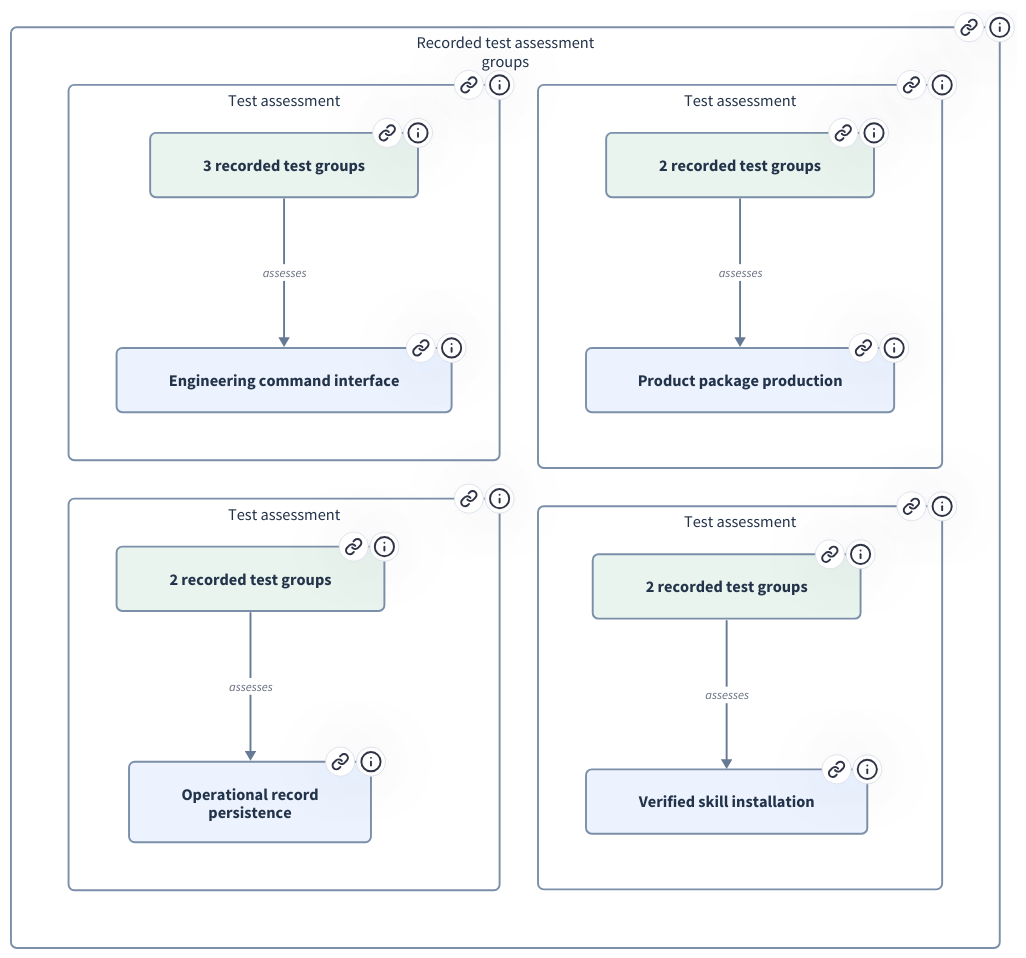
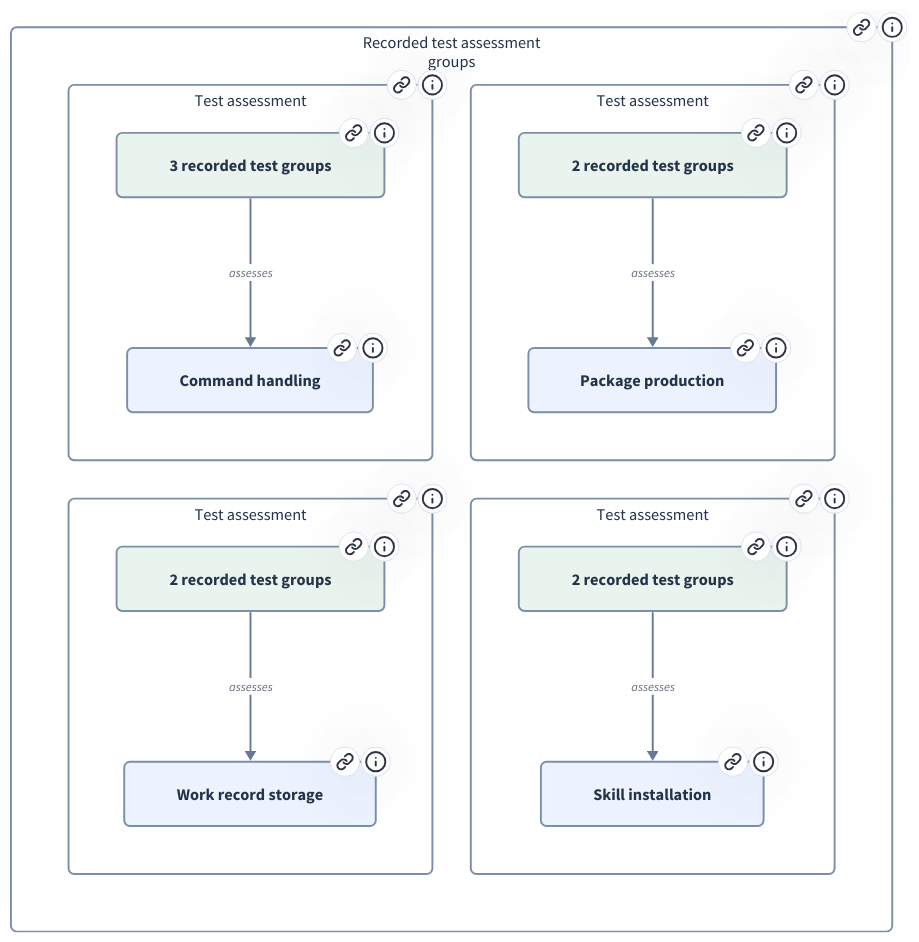
Before and after one commit to xiongxianfei/rigorloop: the diagram in design/architecture/views/browser/diagrams/development-testing.d2, drawn with D2. The commit also changed 378 other files, not shown here.

First line of the commit message:
Refine engineering design and architecture browser

```diff
--- a/design/architecture/views/browser/diagrams/development-testing.d2
+++ b/design/architecture/views/browser/diagrams/development-testing.d2
@@ -1,143 +1,143 @@
 # Generated from canonical REM records; do not edit.
-# Source identity: 2cf8f01cf8087e0b226dbd431d6452970b13954a16b84408d91173987708417e
+# Source identity: 3b423207b261cd33066f4517d60da462b029232e9d9a626120e9b455a4b27e5a
 # Test groups assess the named responsibility; they do not implement it. Dashed dependencies describe recorded test inputs and execution tooling, not an execution sequence. These static mappings are not passing results or complete coverage claims. Shared execution retains its existing contract owner; its REM responsibility allocation remains unresolved.
 vars: {d2-config: {layout-engine: elk}}
 direction: down
 tests: "Recorded test assessment\ngroups" {
   link: "#development/testing"
   tooltip: "Recorded test assessment groups"
   style.fill: "#FFFFFF"
   style.stroke: "#7C8FA9"
   style.font-color: "#23334A"
   style.font-size: 17
   style.border-radius: 6
   grid-columns: 2
   ownerMOD010: "Test assessment" {
     link: "#development/testing-MOD-010"
     tooltip: "Test assessment"
     style.fill: "#FFFFFF"
     style.stroke: "#7C8FA9"
     style.font-color: "#23334A"
     style.font-size: 17
     style.border-radius: 6
     population: "3 recorded test groups" {
       link: "#development/testing-MOD-010"
       tooltip: "Command admission and selected reading\nPrivate diagnostics and result presentation\nPublic recording interaction composition"
       style.fill: "#E9F4EE"
       style.stroke: "#7C8FA9"
       style.font-color: "#23334A"
       style.font-size: 17
       style.border-radius: 6
     }
-    subject: "Engineering command interface" {
+    subject: "Command handling" {
       link: "#module/MOD-010"
-      tooltip: "Engineering command interface (MOD-010)"
+      tooltip: "Command handling (MOD-010)"
       style.fill: "#ECF3FF"
       style.stroke: "#7C8FA9"
       style.font-color: "#23334A"
       style.font-size: 17
       style.border-radius: 6
     }
     population -> subject: "assesses" {
       style.stroke: "#667A96"
       style.fill: "#FFFFFF"
       style.font-size: 13
     }
   }
   ownerMOD011: "Test assessment" {
     link: "#development/testing-MOD-011"
     tooltip: "Test assessment"
     style.fill: "#FFFFFF"
     style.stroke: "#7C8FA9"
     style.font-color: "#23334A"
     style.font-size: 17
     style.border-radius: 6
     population: "2 recorded test groups" {
       link: "#development/testing-MOD-011"
       tooltip: "Stored record invariants and preservation\nGuarded publication and exact recovery"
       style.fill: "#E9F4EE"
       style.stroke: "#7C8FA9"
       style.font-color: "#23334A"
       style.font-size: 17
       style.border-radius: 6
     }
-    subject: "Operational record\npersistence" {
+    subject: "Work record storage" {
       link: "#module/MOD-011"
-      tooltip: "Operational record persistence (MOD-011)"
+      tooltip: "Work record storage (MOD-011)"
       style.fill: "#ECF3FF"
       style.stroke: "#7C8FA9"
       style.font-color: "#23334A"
       style.font-size: 17
       style.border-radius: 6
     }
     population -> subject: "assesses" {
       style.stroke: "#667A96"
       style.fill: "#FFFFFF"
       style.font-size: 13
     }
   }
   ownerMOD013: "Test assessment" {
     link: "#development/testing-MOD-013"
     tooltip: "Test assessment"
     style.fill: "#FFFFFF"
     style.stroke: "#7C8FA9"
     style.font-color: "#23334A"
     style.font-size: 17
     style.border-radius: 6
     population: "2 recorded test groups" {
       link: "#development/testing-MOD-013"
       tooltip: "Isolated archive generation and integrity\nPacked candidate and installed-consumer composition"
       style.fill: "#E9F4EE"
       style.stroke: "#7C8FA9"
       style.font-color: "#23334A"
       style.font-size: 17
       style.border-radius: 6
     }
-    subject: "Product package production" {
+    subject: "Package production" {
       link: "#module/MOD-013"
-      tooltip: "Product package production (MOD-013)"
+      tooltip: "Package production (MOD-013)"
       style.fill: "#ECF3FF"
       style.stroke: "#7C8FA9"
       style.font-color: "#23334A"
       style.font-size: 17
       style.border-radius: 6
     }
     population -> subject: "assesses" {
       style.stroke: "#667A96"
       style.fill: "#FFFFFF"
       style.font-size: 13
     }
   }
   ownerMOD014: "Test assessment" {
     link: "#development/testing-MOD-014"
     tooltip: "Test assessment"
     style.fill: "#FFFFFF"
     style.stroke: "#7C8FA9"
     style.font-color: "#23334A"
     style.font-size: 17
     style.border-radius: 6
     population: "2 recorded test groups" {
       link: "#development/testing-MOD-014"
       tooltip: "Verified acquisition and installation admission\nBounded replacement and partial failure"
       style.fill: "#E9F4EE"
       style.stroke: "#7C8FA9"
       style.font-color: "#23334A"
       style.font-size: 17
       style.border-radius: 6
     }
-    subject: "Verified skill installation" {
+    subject: "Skill installation" {
       link: "#module/MOD-014"
-      tooltip: "Verified skill installation (MOD-014)"
+      tooltip: "Skill installation (MOD-014)"
       style.fill: "#ECF3FF"
       style.stroke: "#7C8FA9"
       style.font-color: "#23334A"
       style.font-size: 17
       style.border-radius: 6
     }
     population -> subject: "assesses" {
       style.stroke: "#667A96"
       style.fill: "#FFFFFF"
       style.font-size: 13
     }
   }
 }
```
